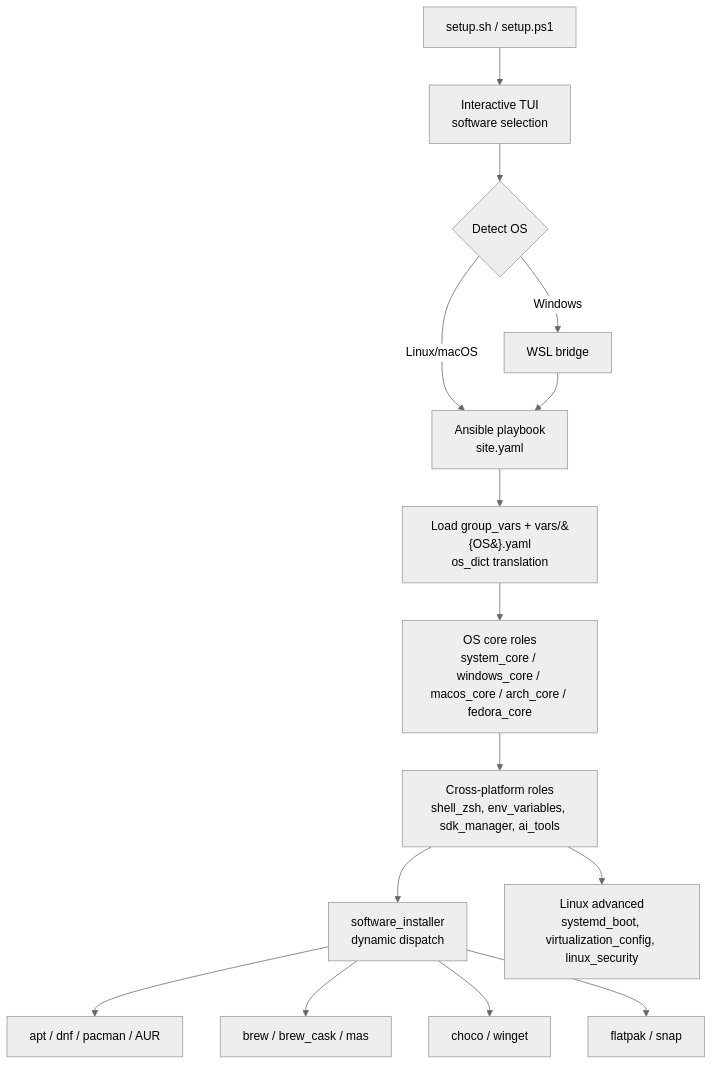
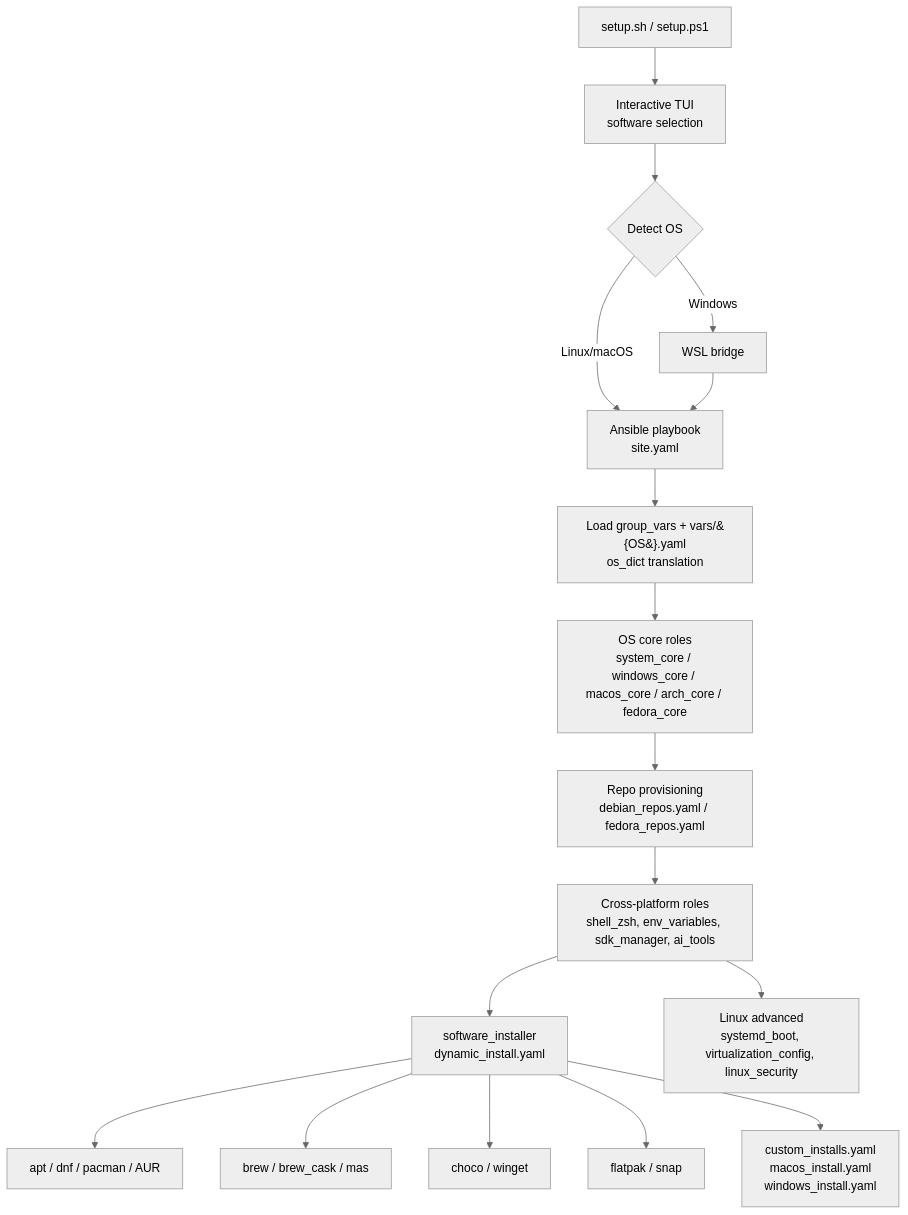
The diagram in README.md (Lukk17/InstallationHelper), drawn with Mermaid (neutral theme) before and after one commit. The commit also changed other lines of this file and 4 other files, not shown here.

````diff
--- a/README.md
+++ b/README.md
@@ -37,17 +37,19 @@
 ```mermaid
 flowchart TD
     A[setup.sh / setup.ps1] --> B[Interactive TUI<br/>software selection]
     B --> C{Detect OS}
     C -->|Windows| D[WSL bridge]
     C -->|Linux/macOS| E[Ansible playbook<br/>site.yaml]
     D --> E
     E --> F[Load group_vars + vars/&#123;OS&#125;.yaml<br/>os_dict translation]
     F --> G[OS core roles<br/>system_core / windows_core / macos_core / arch_core / fedora_core]
-    G --> H[Cross-platform roles<br/>shell_zsh, env_variables, sdk_manager, ai_tools]
-    H --> I[software_installer<br/>dynamic dispatch]
+    G --> R[Repo provisioning<br/>debian_repos.yaml / fedora_repos.yaml]
+    R --> H[Cross-platform roles<br/>shell_zsh, env_variables, sdk_manager, ai_tools]
+    H --> I[software_installer<br/>dynamic_install.yaml]
     I --> J1[apt / dnf / pacman / AUR]
     I --> J2[brew / brew_cask / mas]
     I --> J3[choco / winget]
     I --> J4[flatpak / snap]
+    I --> CI[custom_installs.yaml<br/>macos_install.yaml<br/>windows_install.yaml]
     H --> K[Linux advanced<br/>systemd_boot, virtualization_config, linux_security]
 ```
````
